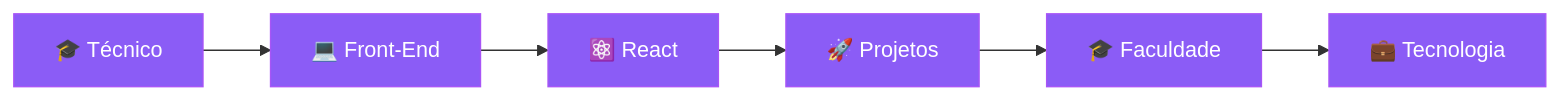
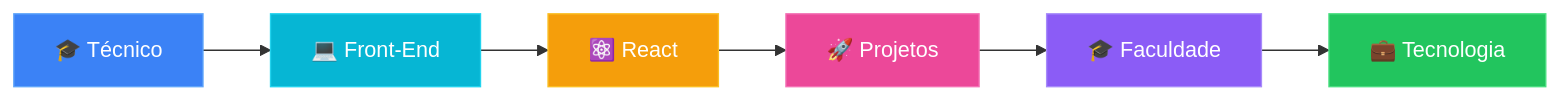
Before and after one commit to ViniSantosC/ViniSantosC: the diagram in README.md, drawn with Mermaid.

Commit message:
Change node styles in README diagram
Updated styles for nodes A to F in the diagram with new colors.

````diff
--- a/README.md
+++ b/README.md
@@ -130,15 +130,16 @@
 ```mermaid
 graph LR
     A[🎓 Técnico] --> B[💻 Front-End]
     B --> C[⚛️ React]
     C --> D[🚀 Projetos]
     D --> E[🎓 Faculdade]
     E --> F[💼 Tecnologia]
 
-    style A fill:#8B5CF6,color:#fff,stroke:#A855F7
-    style B fill:#8B5CF6,color:#fff,stroke:#A855F7
-    style C fill:#8B5CF6,color:#fff,stroke:#A855F7
-    style D fill:#8B5CF6,color:#fff,stroke:#A855F7
-    style E fill:#8B5CF6,color:#fff,stroke:#A855F7
-    style F fill:#8B5CF6,color:#fff,stroke:#A855F7
+  
+    style A fill:#3B82F6,color:#fff,stroke:#60A5FA
+    style B fill:#06B6D4,color:#fff,stroke:#22D3EE
+    style C fill:#F59E0B,color:#fff,stroke:#FBBF24
+    style D fill:#EC4899,color:#fff,stroke:#F472B6
+    style E fill:#8B5CF6,color:#fff,stroke:#A78BFA
+    style F fill:#22C55E,color:#fff,stroke:#4ADE80
 ```
````
